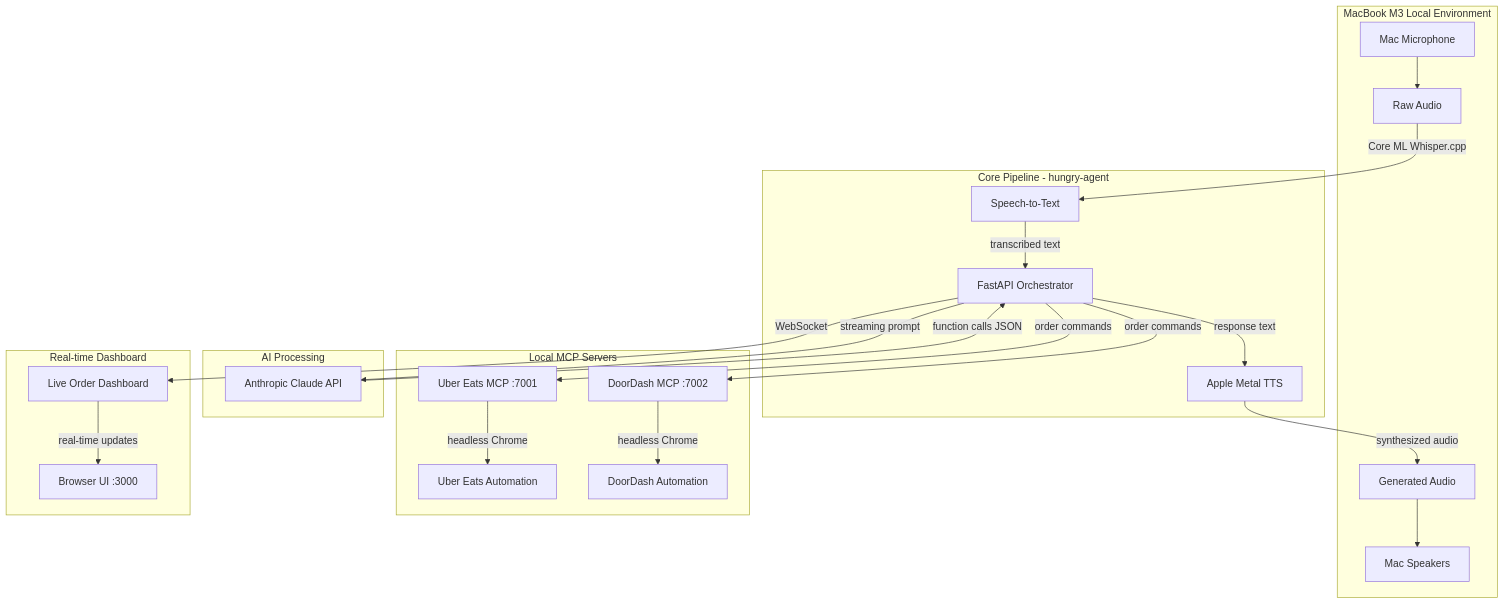
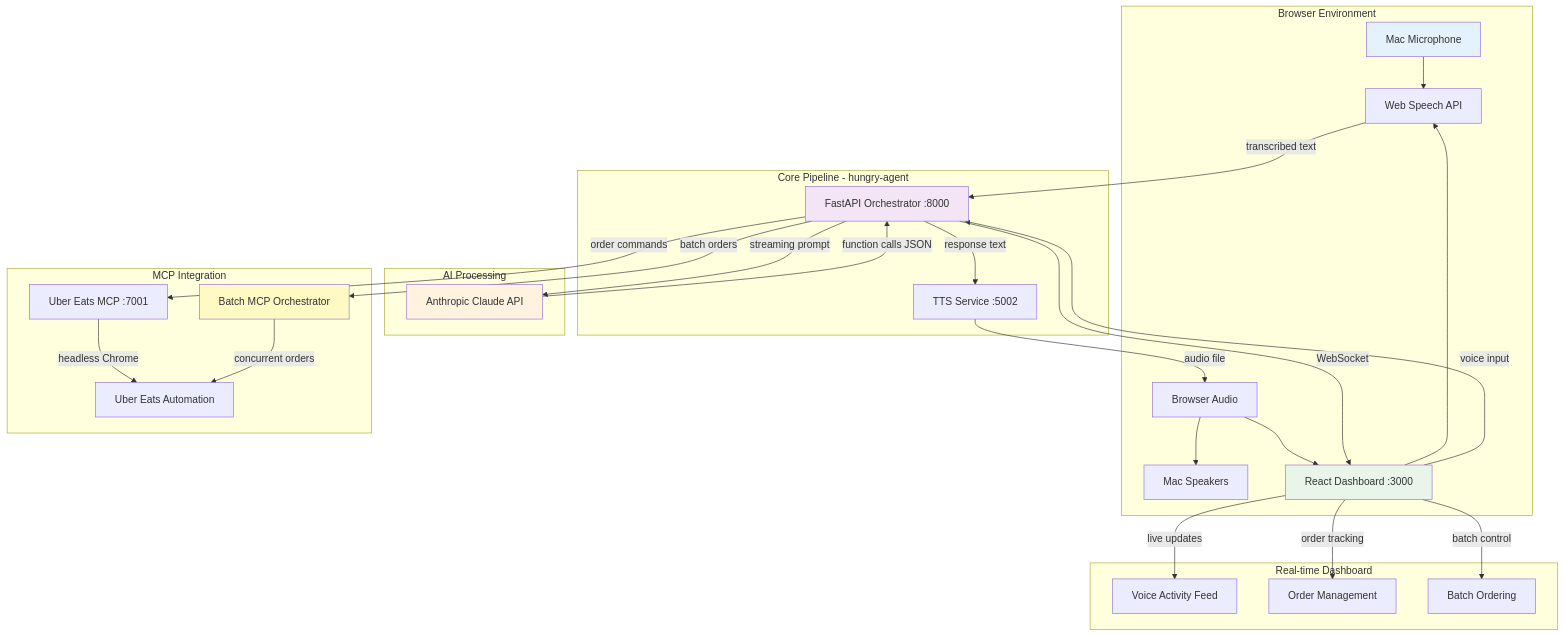
The diagram in README.md (468-Ventures-June-2025-Hackathon-ATX/hungry-agent), drawn with Mermaid before and after one commit. The commit also changed other lines of this file and 2 other files, not shown here.

First line of the commit message:
docs: Update documentation to reflect actual browser-based implementation

````diff
--- a/README.md
+++ b/README.md
@@ -16,31 +18,41 @@
 ```mermaid
 graph TD
-    subgraph MacBook M3 Local Environment
-        MIC[Mac Microphone] --> PCM[Raw Audio]
-        WAV[Generated Audio] --> SPKR[Mac Speakers]
+    subgraph Browser Environment
+        MIC[Mac Microphone] --> BROWSER_STT[Web Speech API]
+        BROWSER_TTS[Browser Audio] --> SPKR[Mac Speakers]
+        UI[React Dashboard :3000] --> BROWSER_STT
+        BROWSER_TTS --> UI
     end
 
     subgraph Core Pipeline - hungry-agent
-        PCM -->|Core ML Whisper.cpp| STT[Speech-to-Text]
-        STT -->|transcribed text| ORCH[FastAPI Orchestrator]
-        ORCH -->|response text| TTS[Apple Metal TTS]
-        TTS -->|synthesized audio| WAV
+        BROWSER_STT -->|transcribed text| ORCH[FastAPI Orchestrator :8000]
+        ORCH -->|response text| TTS_SERVICE[TTS Service :5002]
+        TTS_SERVICE -->|audio file| BROWSER_TTS
     end
 
     subgraph AI Processing
         ORCH -->|streaming prompt| CLAUDE[Anthropic Claude API]
         CLAUDE -->|function calls JSON| ORCH
     end
 
-    subgraph Local MCP Servers
+    subgraph MCP Integration
         ORCH -->|order commands| UBER[Uber Eats MCP :7001]
-        ORCH -->|order commands| DD[DoorDash MCP :7002]
+        ORCH -->|batch orders| BATCH[Batch MCP Orchestrator]
         UBER -->|headless Chrome| UE_BROWSER[Uber Eats Automation]
-        DD -->|headless Chrome| DD_BROWSER[DoorDash Automation]
+        BATCH -->|concurrent orders| UE_BROWSER
     end
 
     subgraph Real-time Dashboard
-        ORCH -->|WebSocket| DASH[Live Order Dashboard]
-        DASH -->|real-time updates| UI[Browser UI :3000]
+        ORCH -->|WebSocket| UI
+        UI -->|voice input| ORCH
+        UI -->|live updates| VOICE_FEED[Voice Activity Feed]
+        UI -->|order tracking| ORDER_MGMT[Order Management]
+        UI -->|batch control| BATCH_UI[Batch Ordering]
     end
+
+    style MIC fill:#e3f2fd
+    style ORCH fill:#f3e5f5
+    style CLAUDE fill:#fff3e0
+    style UI fill:#e8f5e8
+    style BATCH fill:#fff9c4
 ```
````
